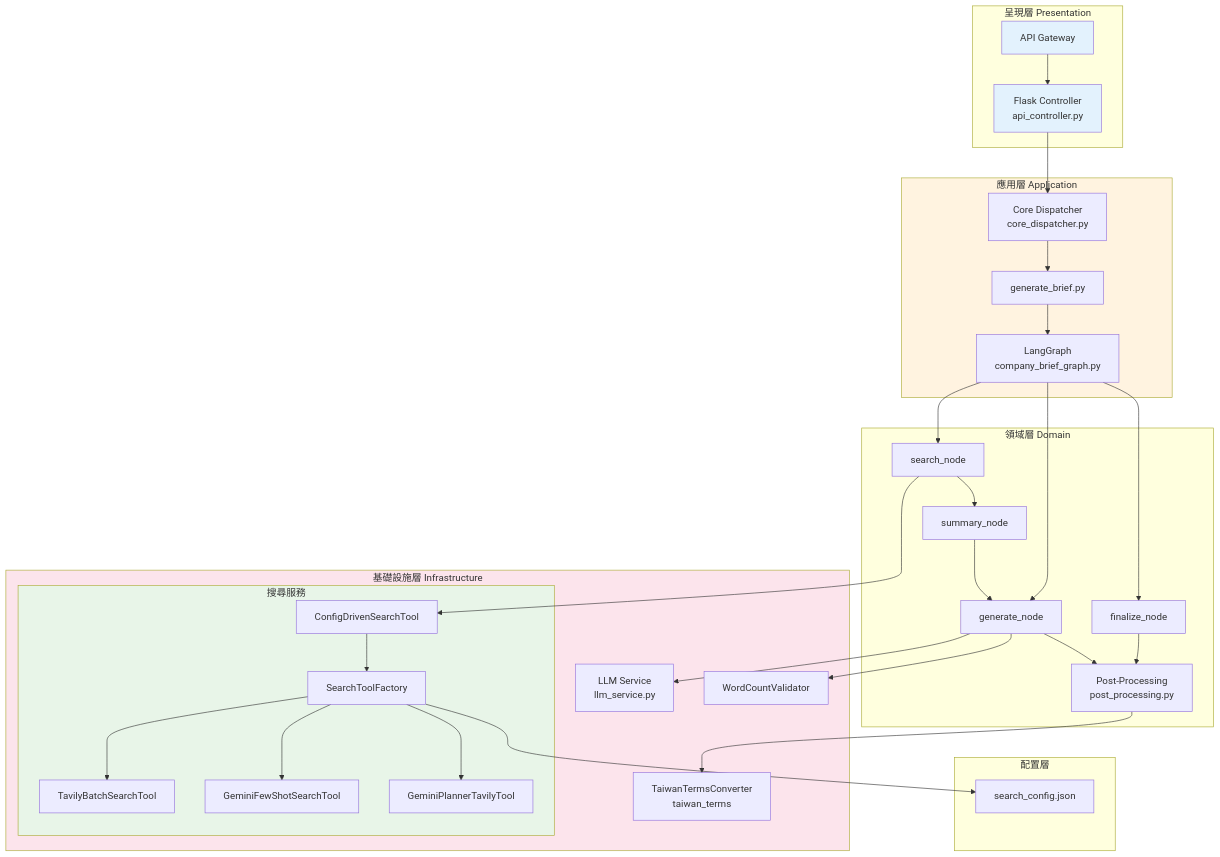
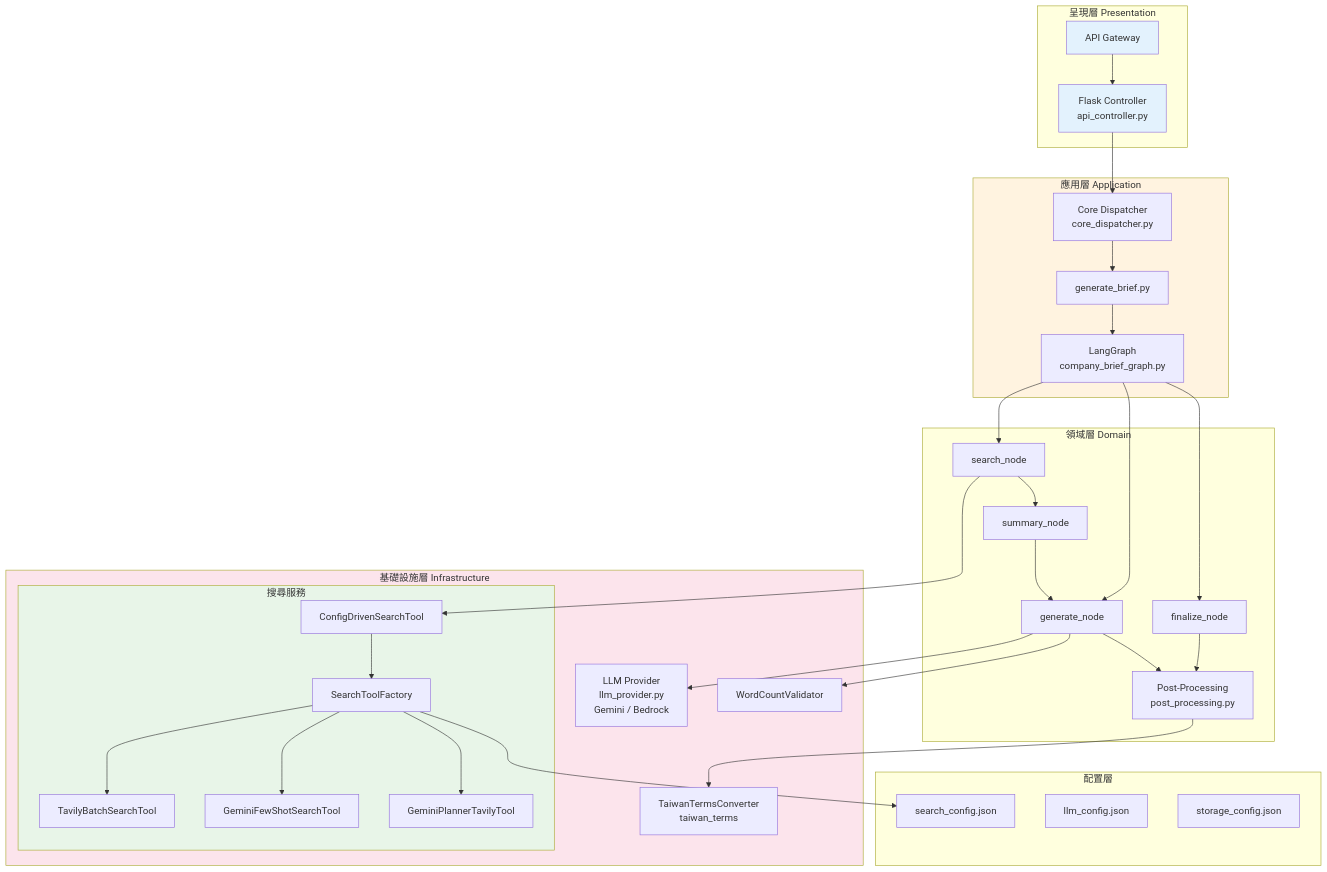
One commit to DS-Jerry-in-Taiwan/companyprofile changed the first of 2 diagrams in README.md. Above: the diagram before and after it, drawn with Mermaid. The commit also changed other lines of this file, not shown here.

````diff
--- a/README.md
+++ b/README.md
@@ -83,68 +87,70 @@
 ```mermaid
 graph TB
     subgraph Presentation["呈現層 Presentation"]
         API[API Gateway]
         FLASK[Flask Controller<br/>api_controller.py]
     end
 
     subgraph Application["應用層 Application"]
         CD[Core Dispatcher<br/>core_dispatcher.py]
         GB[generate_brief.py]
         LG[LangGraph<br/>company_brief_graph.py]
     end
 
     subgraph Domain["領域層 Domain"]
         SN[search_node]
         SUM[summary_node]
         GN[generate_node]
         FN[finalize_node]
         PP[Post-Processing<br/>post_processing.py]
     end
 
     subgraph Infrastructure["基礎設施層 Infrastructure"]
         subgraph Search["搜尋服務"]
             CDS[ConfigDrivenSearchTool]
             STF[SearchToolFactory]
             TV[TavilyBatchSearchTool]
             GF[GeminiFewShotSearchTool]
             GP[GeminiPlannerTavilyTool]
         end
         
-        LLM[LLM Service<br/>llm_service.py]
+        LLM[LLM Provider<br/>llm_provider.py<br/>Gemini / Bedrock]
         TAIWAN[TaiwanTermsConverter<br/>taiwan_terms]
         WC[WordCountValidator]
     end
 
     subgraph Config["配置層"]
         CFG[search_config.json]
+        LCM[llm_config.json]
+        STG[storage_config.json]
     end
 
     API --> FLASK
     FLASK --> CD
     CD --> GB
     GB --> LG
     LG --> SN
     SN --> SUM
     SUM --> GN
     LG --> GN
     LG --> FN
     GN --> PP
     FN --> PP
     
     SN --> CDS
     CDS --> STF
     STF --> TV
     STF --> GF
     STF --> GP
     STF --> CFG
     
     GN --> LLM
     GN --> WC
     PP --> TAIWAN
 
     style API fill:#e3f2fd
     style FLASK fill:#e3f2fd
     style Application fill:#fff3e0
     style Search fill:#e8f5e8
     style Infrastructure fill:#fce4ec
 ```
````
